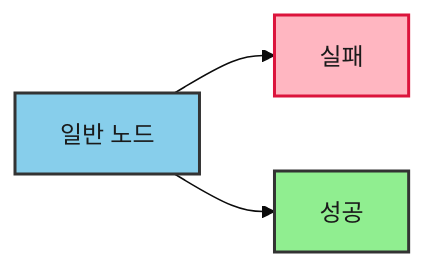
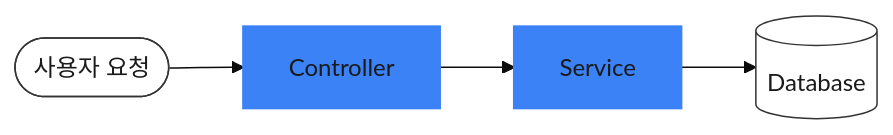
One commit to coderyu5523/book-workflow changed the first of 2 diagrams in .claude/skills/visual/references/mermaid.md. Above: the diagram before and after it, drawn with Mermaid (base theme). The commit also changed other lines of this file and 69 other files, not shown here.

````diff
--- a/.claude/skills/visual/references/mermaid.md
+++ b/.claude/skills/visual/references/mermaid.md
@@ -54,12 +58,11 @@
 ```mermaid
 flowchart LR
-    A["일반 노드"] --> B["실패"]
-    A --> C["성공"]
+    A(["사용자 요청"]) --> B["Controller"]
+    B --> C["Service"]
+    C --> D[("Database")]
 
-    classDef default fill:#87CEEB,stroke:#333,stroke-width:2px,color:#1a1a1a
-    classDef danger fill:#FFB6C1,stroke:#DC143C,stroke-width:2px,color:#1a1a1a
-    classDef success fill:#90EE90,stroke:#333,stroke-width:2px,color:#1a1a1a
+    classDef default fill:#ffffff,stroke:#333,stroke-width:1px,color:#1a1a1a
+    classDef primary fill:#3b82f6,stroke:#3b82f6,stroke-width:2px,color:#1a1a1a
 
-    class B danger
-    class C success
+    class B,C primary
 ```
````
